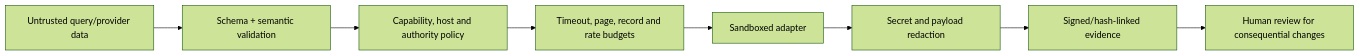
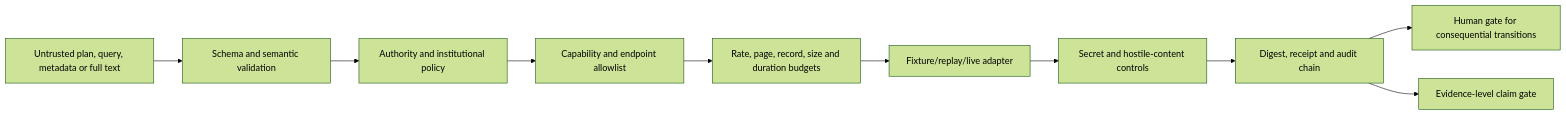
Before and after one commit to edithatogo/searchright: the fifth of 7 diagrams in conductor/design.md, drawn with Mermaid (forest theme). The commit also changed other lines of this file and 609 other files, not shown here.

Commit message:
feat: restore full Searchright roadmap implementation

````diff
--- a/conductor/design.md
+++ b/conductor/design.md
@@ -116,10 +119,12 @@
 ```mermaid
 flowchart LR
-  INPUT[Untrusted query/provider data] --> VALIDATE[Schema + semantic validation]
-  VALIDATE --> POLICY[Capability, host and authority policy]
-  POLICY --> BUDGET[Timeout, page, record and rate budgets]
-  BUDGET --> ADAPTER[Sandboxed adapter]
-  ADAPTER --> REDACT[Secret and payload redaction]
-  REDACT --> RECEIPT[Signed/hash-linked evidence]
-  RECEIPT --> HUMAN[Human review for consequential changes]
+  INPUT[Untrusted plan, query, metadata or full text] --> SCHEMA[Schema and semantic validation]
+  SCHEMA --> AUTH[Authority and institutional policy]
+  AUTH --> CAP[Capability and endpoint allowlist]
+  CAP --> LIMIT[Rate, page, record, size and duration budgets]
+  LIMIT --> ADAPTER[Fixture/replay/live adapter]
+  ADAPTER --> REDACT[Secret and hostile-content controls]
+  REDACT --> RECEIPT[Digest, receipt and audit chain]
+  RECEIPT --> HUMAN[Human gate for consequential transitions]
+  RECEIPT --> CLAIM[Evidence-level claim gate]
 ```
````
